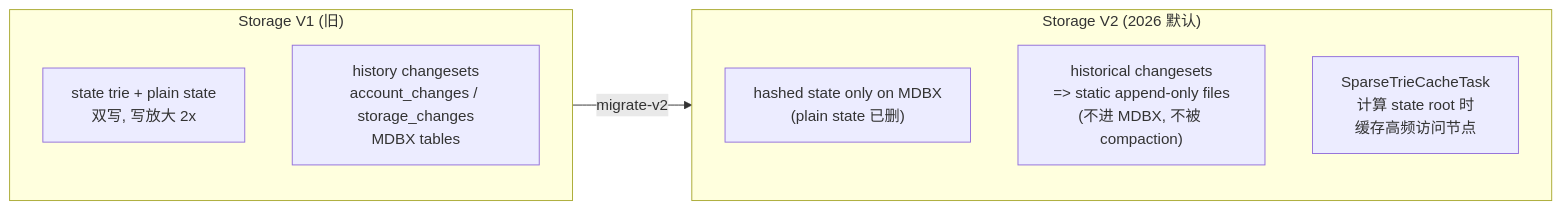
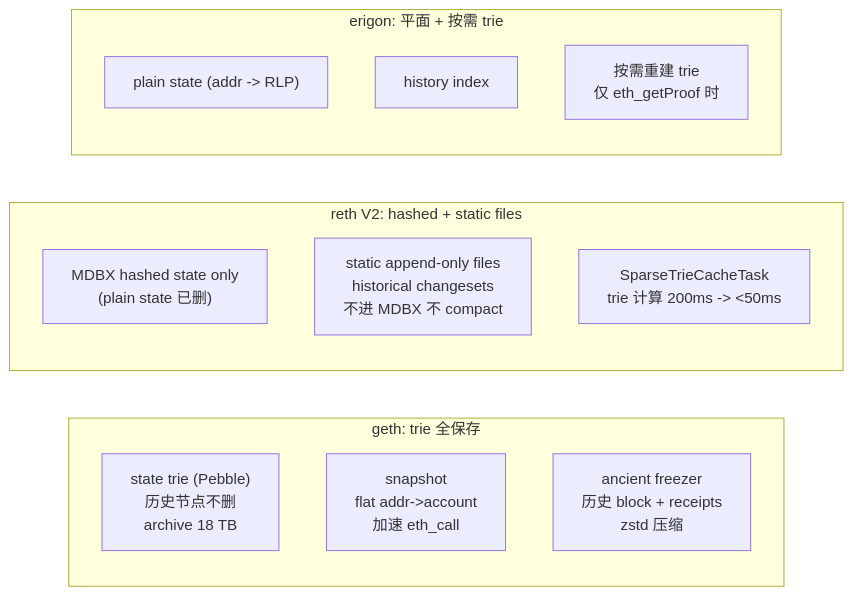
The second of 21 diagrams in web3-engineer-guide/11-基础设施与工具/README.md (ChuwuYo/misc-files), drawn with Mermaid before and after one commit. The commit also changed other lines of this file and 690 other files, not shown here.

````diff
--- a/web3-engineer-guide/11-基础设施与工具/README.md
+++ b/web3-engineer-guide/11-基础设施与工具/README.md
@@ -248,13 +128,18 @@
 ```mermaid
 flowchart LR
-    subgraph V1["Storage V1 (旧)"]
-        V1State["state trie + plain state<br/>双写, 写放大 2x"]
-        V1Hist["history changesets<br/>account_changes / storage_changes<br/>MDBX tables"]
+    subgraph Geth["geth: trie 全保存"]
+        GA["state trie (Pebble)<br/>历史节点不删<br/>archive 18 TB"]
+        GS["snapshot<br/>flat addr->account<br/>加速 eth_call"]
+        GF["ancient freezer<br/>历史 block + receipts<br/>zstd 压缩"]
     end
-    subgraph V2["Storage V2 (2026 默认)"]
-        V2State["hashed state only on MDBX<br/>(plain state 已删)"]
-        V2Hist["historical changesets<br/>=> static append-only files<br/>(不进 MDBX, 不被 compaction)"]
-        V2Cache["SparseTrieCacheTask<br/>计算 state root 时<br/>缓存高频访问节点"]
+    subgraph Reth["reth V2: hashed + static files"]
+        RH["MDBX hashed state only<br/>(plain state 已删)"]
+        RS["static append-only files<br/>historical changesets<br/>不进 MDBX 不 compact"]
+        RC["SparseTrieCacheTask<br/>trie 计算 200ms -> <50ms"]
     end
-    V1 -- migrate-v2 --> V2
+    subgraph Erigon["erigon: 平面 + 按需 trie"]
+        EP["plain state (addr -> RLP)"]
+        EH["history index"]
+        EO["按需重建 trie<br/>仅 eth_getProof 时"]
+    end
 ```
````
